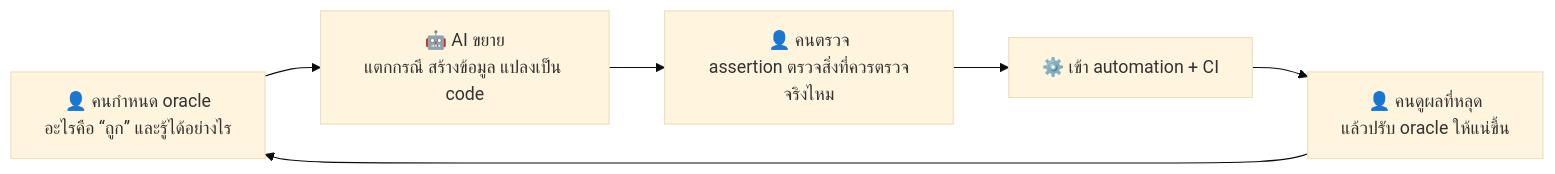
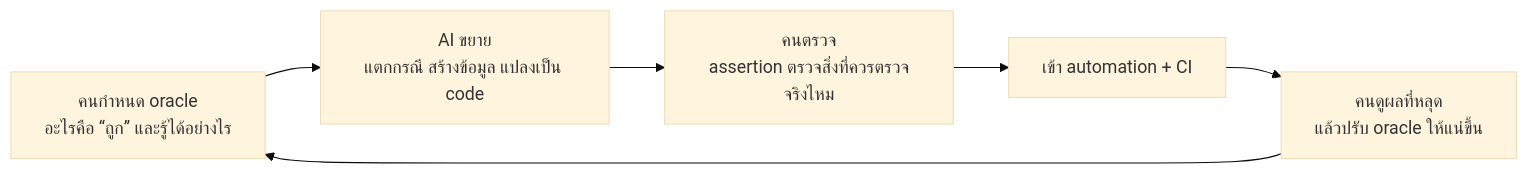
One commit to CE-SDPX/SDPX-AI changed diagram 18 of 19 in readings/03-software-testing.md. Above: the diagram before and after it, drawn with Mermaid (base theme). The commit also changed other lines of this file and 6 other files, not shown here.

````diff
--- a/readings/03-software-testing.md
+++ b/readings/03-software-testing.md
@@ -821,8 +815,8 @@
 ```mermaid
 flowchart LR
-    H1["👤 คนกำหนด oracle<br/>อะไรคือ “ถูก” และรู้ได้อย่างไร"] --> AI1["🤖 AI ขยาย<br/>แตกกรณี สร้างข้อมูล แปลงเป็น code"]
-    AI1 --> H2["👤 คนตรวจ<br/>assertion ตรวจสิ่งที่ควรตรวจจริงไหม"]
-    H2 --> A["⚙️ เข้า automation + CI"]
-    A --> H3["👤 คนดูผลที่หลุด<br/>แล้วปรับ oracle ให้แน่ขึ้น"]
+    H1["คนกำหนด oracle<br/>อะไรคือ “ถูก” และรู้ได้อย่างไร"] --> AI1["AI ขยาย<br/>แตกกรณี สร้างข้อมูล แปลงเป็น code"]
+    AI1 --> H2["คนตรวจ<br/>assertion ตรวจสิ่งที่ควรตรวจจริงไหม"]
+    H2 --> A["เข้า automation + CI"]
+    A --> H3["คนดูผลที่หลุด<br/>แล้วปรับ oracle ให้แน่ขึ้น"]
     H3 --> H1
 ```
````
